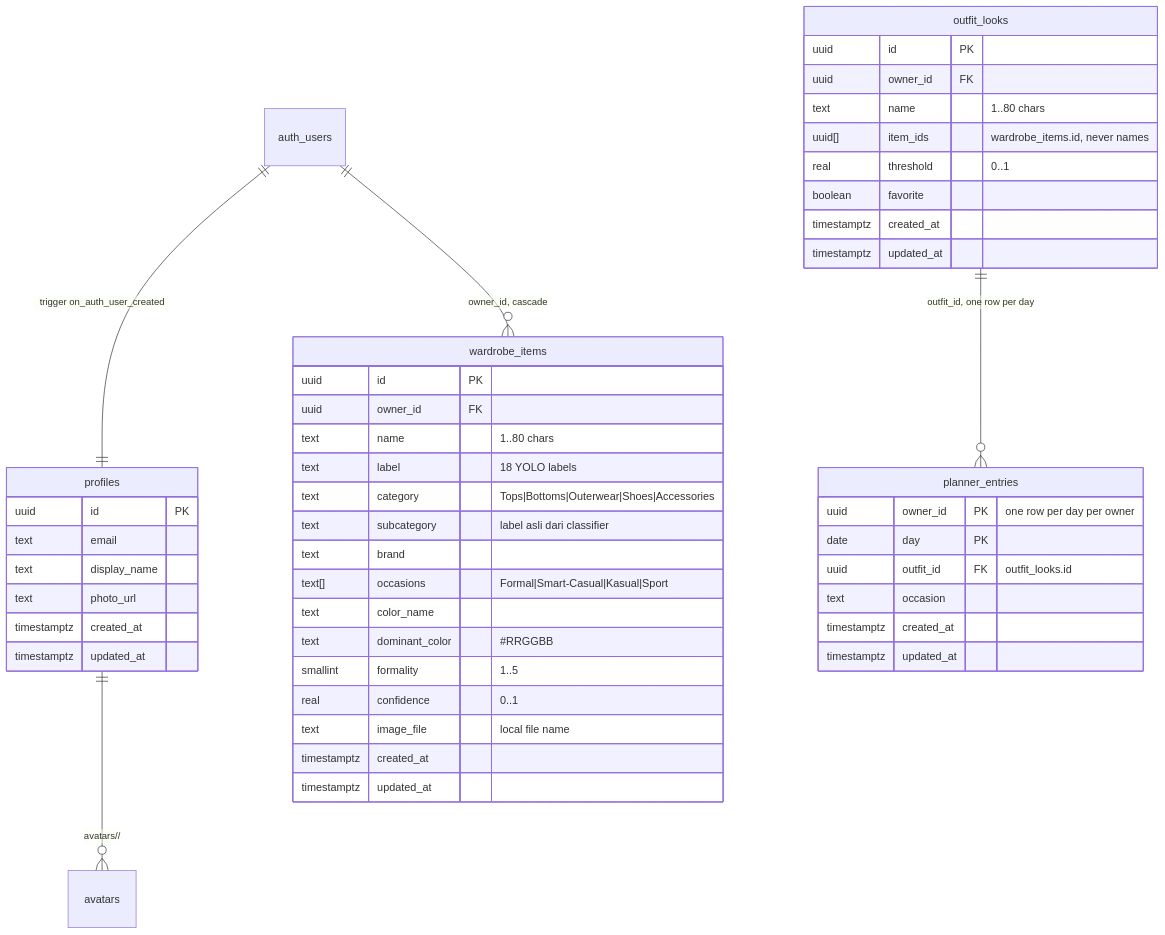
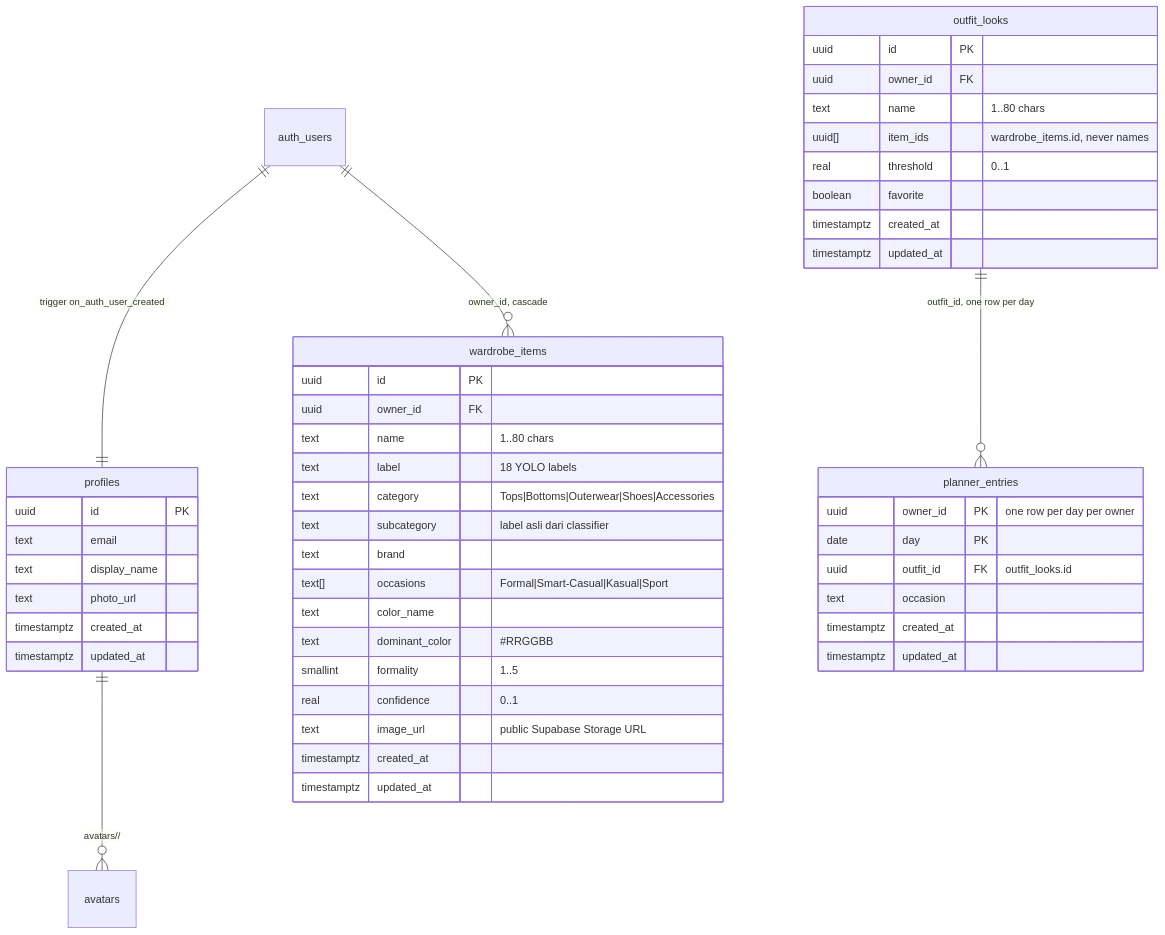
One commit to Destian0870/gayaku changed the diagram in supabase/README.md. Above: the diagram before and after it, drawn with Mermaid. The commit also changed other lines of this file and 9 other files, not shown here.

Commit message:
feat: integrate Supabase storage cutouts, public image URLs, and wardrobe sync

````diff
--- a/supabase/README.md
+++ b/supabase/README.md
@@ -21,51 +21,51 @@
 ```mermaid
 erDiagram
   auth_users ||--|| profiles : "trigger on_auth_user_created"
   auth_users ||--o{ wardrobe_items : "owner_id, cascade"
   profiles ||--o{ avatars : "avatars/<uid>/"
   outfit_looks ||--o{ planner_entries : "outfit_id, one row per day"
 
   profiles {
     uuid id PK
     text email
     text display_name
     text photo_url
     timestamptz created_at
     timestamptz updated_at
   }
   wardrobe_items {
     uuid id PK
     uuid owner_id FK
     text name "1..80 chars"
     text label "18 YOLO labels"
     text category "Tops|Bottoms|Outerwear|Shoes|Accessories"
     text subcategory "label asli dari classifier"
     text brand
     text[] occasions "Formal|Smart-Casual|Kasual|Sport"
     text color_name
     text dominant_color "#RRGGBB"
     smallint formality "1..5"
     real confidence "0..1"
-    text image_file "local file name"
+    text image_url "public Supabase Storage URL"
     timestamptz created_at
     timestamptz updated_at
   }
   outfit_looks {
     uuid id PK
     uuid owner_id FK
     text name "1..80 chars"
     uuid[] item_ids "wardrobe_items.id, never names"
     real threshold "0..1"
     boolean favorite
     timestamptz created_at
     timestamptz updated_at
   }
   planner_entries {
     uuid owner_id PK "one row per day per owner"
     date day PK
     uuid outfit_id FK "outfit_looks.id"
     text occasion
     timestamptz created_at
     timestamptz updated_at
   }
 ```
````
